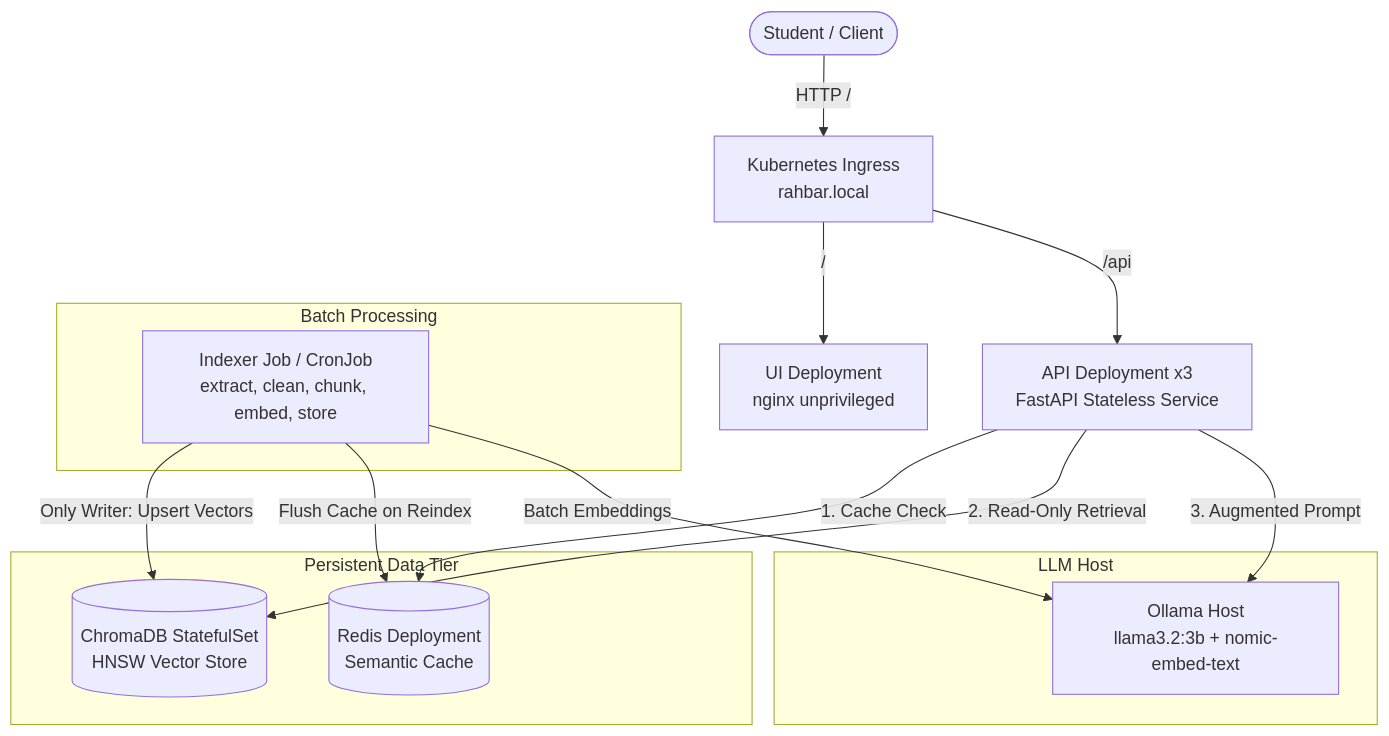
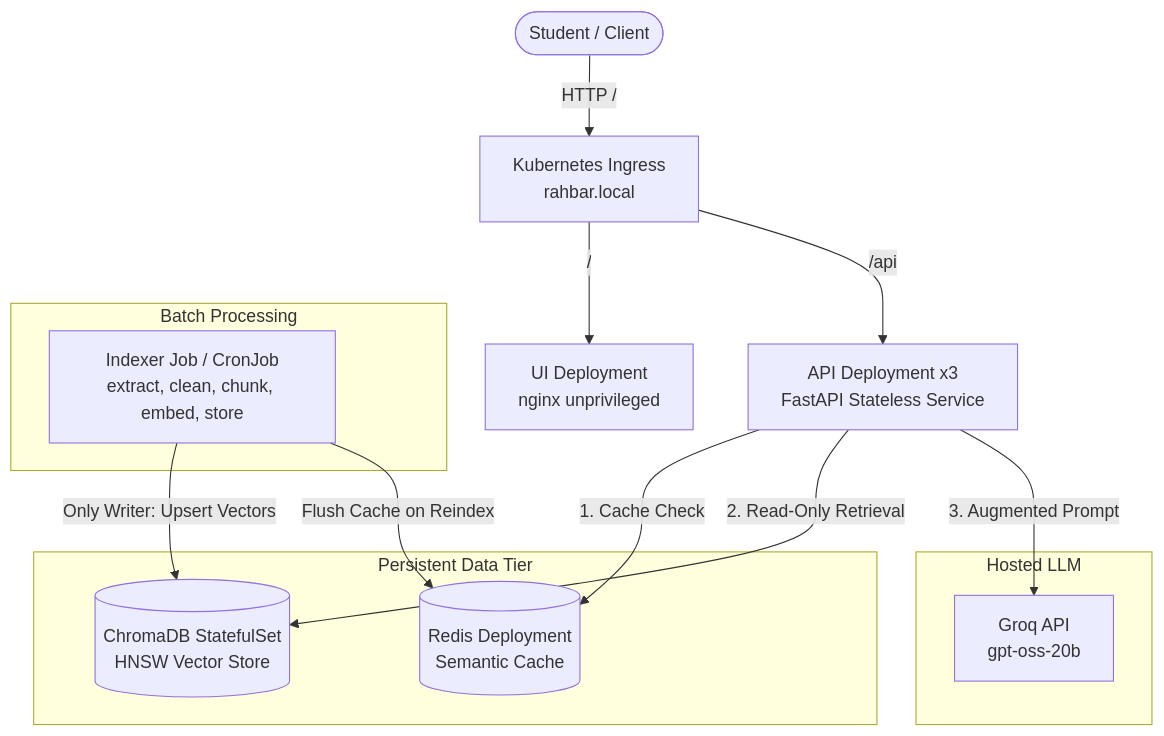
Before and after one commit to jehangirahmed871-create/rahbar: the diagram in README.md, drawn with Mermaid. The commit also changed other lines of this file and 30 other files, not shown here.

````diff
--- a/README.md
+++ b/README.md
@@ -17,27 +17,26 @@
 ```mermaid
 flowchart TD
     User([Student / Client]) -->|HTTP /| Ingress[Kubernetes Ingress<br/>rahbar.local]
     Ingress -->|/| UI[UI Deployment<br/>nginx unprivileged]
     Ingress -->|/api| API[API Deployment x3<br/>FastAPI Stateless Service]
 
     subgraph DataTier [Persistent Data Tier]
         Chroma[(ChromaDB StatefulSet<br/>HNSW Vector Store)]
         Redis[(Redis Deployment<br/>Semantic Cache)]
     end
 
     subgraph IndexingTier [Batch Processing]
         IndexerJob[Indexer Job / CronJob<br/>extract, clean, chunk, embed, store]
     end
 
-    subgraph InferenceEngine [LLM Host]
-        Ollama[Ollama Host<br/>llama3.2:3b + nomic-embed-text]
+    subgraph InferenceEngine [Hosted LLM]
+        Groq[Groq API<br/>gpt-oss-20b]
     end
 
     API -->|1. Cache Check| Redis
     API -->|2. Read-Only Retrieval| Chroma
-    API -->|3. Augmented Prompt| Ollama
+    API -->|3. Augmented Prompt| Groq
 
     IndexerJob -->|Only Writer: Upsert Vectors| Chroma
     IndexerJob -->|Flush Cache on Reindex| Redis
-    IndexerJob -->|Batch Embeddings| Ollama
 ```
````
